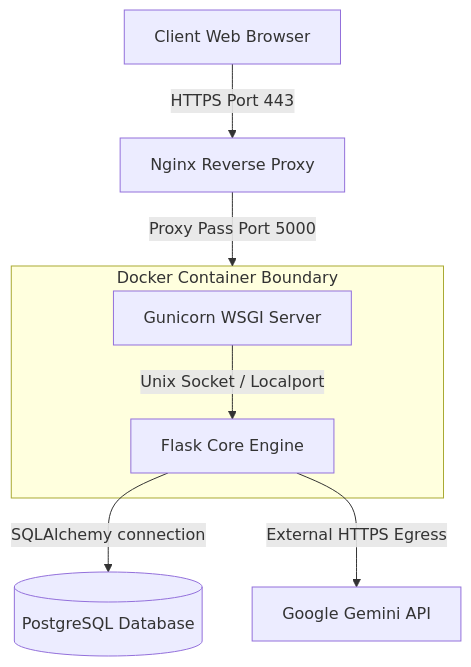
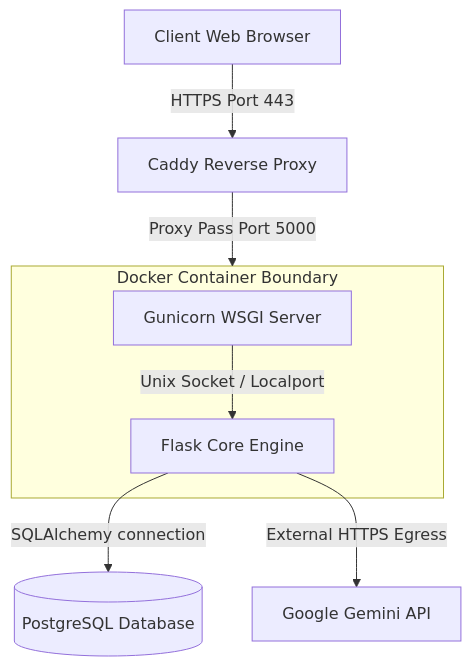
One commit to AbhishekYadav2207/Smart_Farming_AI changed the diagram in docs/deployment.md. Above: the diagram before and after it, drawn with Mermaid. The commit also changed other lines of this file and 2 other files, not shown here.

Commit message:
BugFix// Updated Nginx to Caddy in Docs

````diff
--- a/docs/deployment.md
+++ b/docs/deployment.md
@@ -44,12 +44,12 @@
 ```mermaid
 flowchart TD
-    Client[Client Web Browser] -->|HTTPS Port 443| Nginx[Nginx Reverse Proxy]
-    Nginx -->|Proxy Pass Port 5000| Docker[Docker Container Boundary]
+    Client[Client Web Browser] -->|HTTPS Port 443| Caddy[Caddy Reverse Proxy]
+    Caddy -->|Proxy Pass Port 5000| Docker[Docker Container Boundary]
     
     subgraph Docker [Docker Container Boundary]
         Gunicorn[Gunicorn WSGI Server] -->|Unix Socket / Localport| Flask[Flask Core Engine]
     end
 
     Flask -->|SQLAlchemy connection| PG[(PostgreSQL Database)]
     Flask -->|External HTTPS Egress| Gemini[Google Gemini API]
 ```
````
